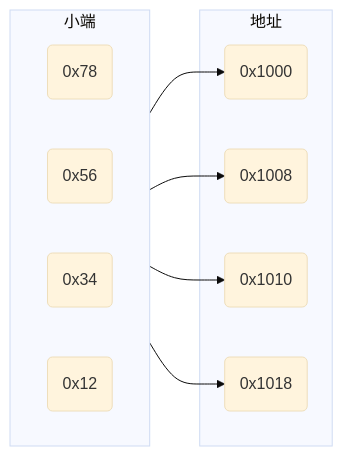
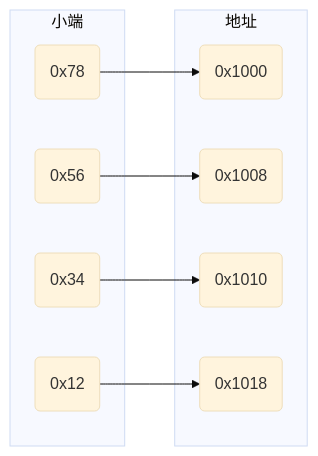
One commit to dmjcb/dmjcb.github.io changed the second of 3 diagrams in _posts/operating_system/2024-01-03-系统概念.md. Above: the diagram before and after it, drawn with Mermaid (base theme). The commit also changed other lines of this file and 72 other files, not shown here.

````diff
--- a/_posts/operating_system/2024-01-03-系统概念.md
+++ b/_posts/operating_system/2024-01-03-系统概念.md
@@ -50,20 +50,19 @@
 ```mermaid
 graph LR;
     subgraph S[小端]
-        direction LR
         S1(0x78)
         S2(0x56)
         S3(0x34)
         S4(0x12)
     end
     subgraph A[地址]
         A1(0x1000)
         A2(0x1008)
         A3(0x1010)
         A4(0x1018)
     end
     S1-->A1
     S2-->A2
     S3-->A3
     S4-->A4
 ```
````
